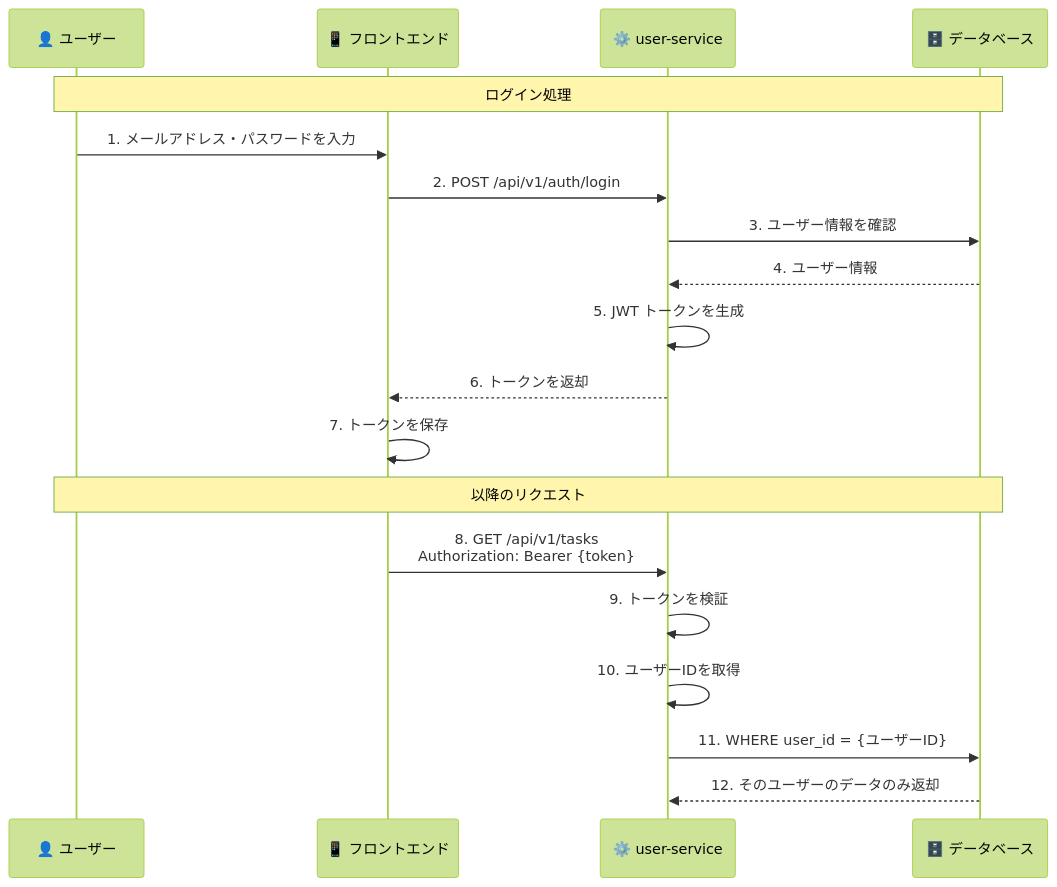
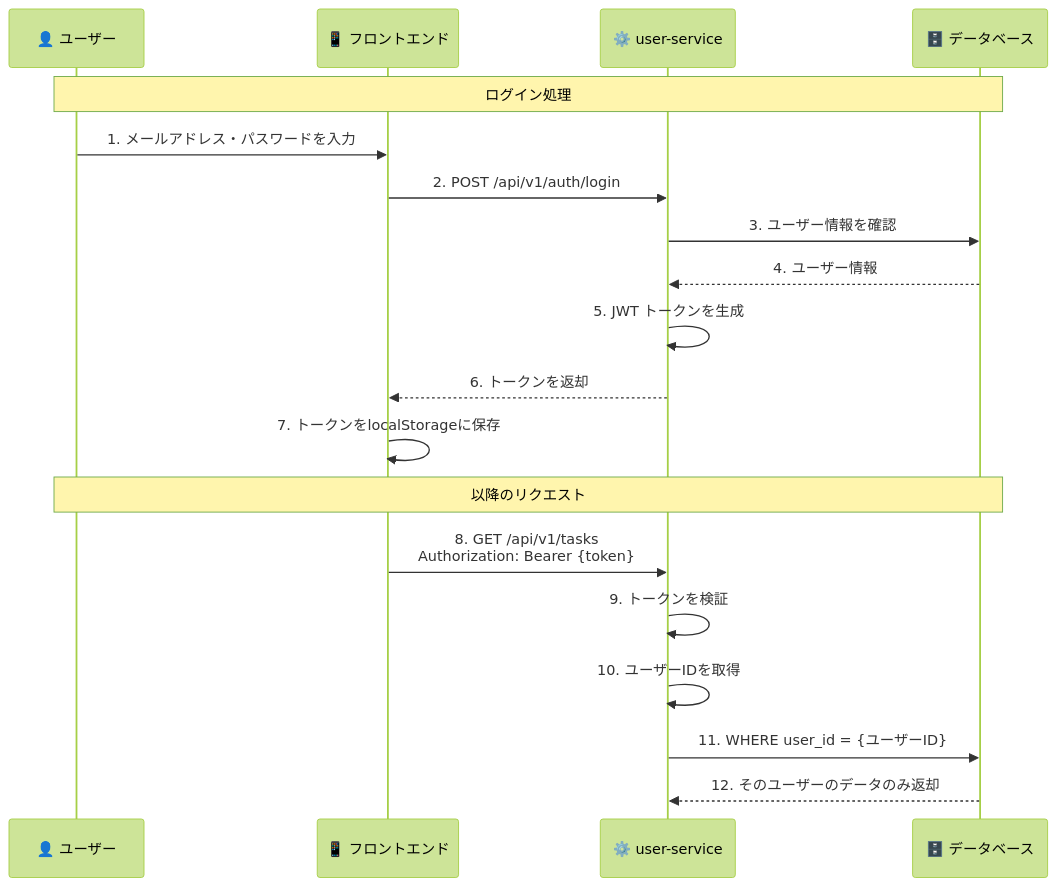
One commit to yu-min3/kensan changed the eighth of 15 diagrams in mydocs/architecture_guide_for_beginners.md. Above: the diagram before and after it, drawn with Mermaid (forest theme). The commit also changed other lines of this file and 85 other files, not shown here.

````diff
--- a/mydocs/architecture_guide_for_beginners.md
+++ b/mydocs/architecture_guide_for_beginners.md
@@ -305,23 +395,23 @@
 ```mermaid
 sequenceDiagram
     participant U as 👤 ユーザー
     participant FE as 📱 フロントエンド
     participant BE as ⚙️ user-service
     participant DB as 🗄️ データベース
 
     Note over U,DB: ログイン処理
     U->>FE: 1. メールアドレス・パスワードを入力
     FE->>BE: 2. POST /api/v1/auth/login
     BE->>DB: 3. ユーザー情報を確認
     DB-->>BE: 4. ユーザー情報
     BE->>BE: 5. JWT トークンを生成
     BE-->>FE: 6. トークンを返却
-    FE->>FE: 7. トークンを保存
+    FE->>FE: 7. トークンをlocalStorageに保存
 
     Note over U,DB: 以降のリクエスト
     FE->>BE: 8. GET /api/v1/tasks<br/>Authorization: Bearer {token}
     BE->>BE: 9. トークンを検証
     BE->>BE: 10. ユーザーIDを取得
     BE->>DB: 11. WHERE user_id = {ユーザーID}
     DB-->>BE: 12. そのユーザーのデータのみ返却
 ```
````
